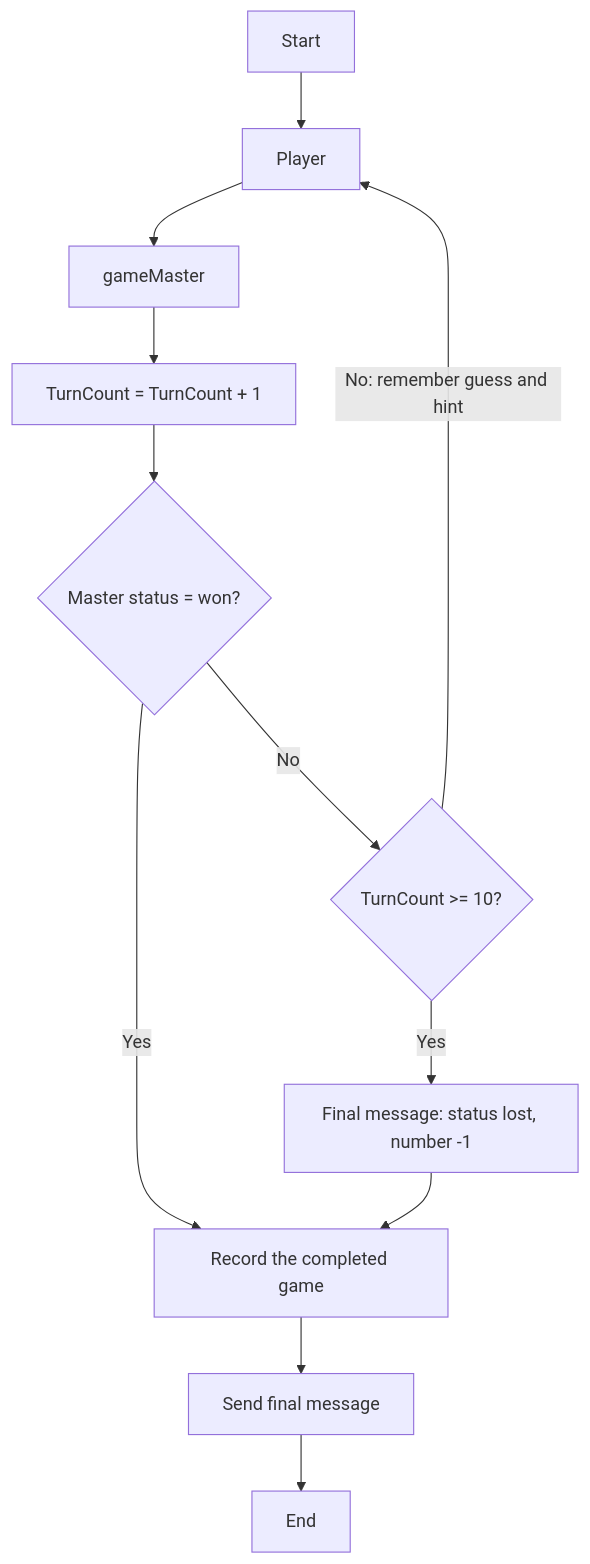
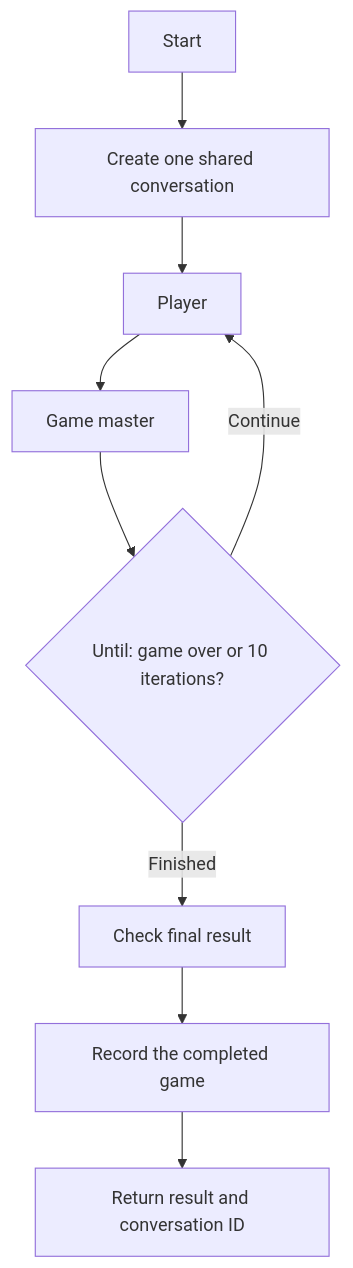
One commit to arnaud-tincelin/microsoft-foundry-demo changed the diagram in demo/Automation/README.md. Above: the diagram before and after it, drawn with Mermaid. The commit also changed other lines of this file and 10 other files, not shown here.

First line of the commit message:
Use one shared conversation for Automation agents

````diff
--- a/demo/Automation/README.md
+++ b/demo/Automation/README.md
@@ -36,14 +32,11 @@
 ```mermaid
 flowchart TD
-    Start --> Player
-    Player --> gameMaster
-    gameMaster --> Count["TurnCount = TurnCount + 1"]
-    Count --> Win{"Master status = won?"}
-    Win -->|Yes| Record
-    Win -->|No| Limit{"TurnCount >= 10?"}
-    Limit -->|Yes| Lost["Final message: status lost, number -1"]
-    Limit -->|No: remember guess and hint| Player
-    Lost --> Record["Record the completed game"]
-    Record --> Respond["Send final message"]
-    Respond --> End
+    Start --> Create["Create one shared conversation"]
+    Create --> Player
+    Player --> Master["Game master"]
+    Master --> Until{"Until: game over or 10 iterations?"}
+    Until -->|Continue| Player
+    Until -->|Finished| Result["Check final result"]
+    Result --> Record["Record the completed game"]
+    Record --> Respond["Return result and conversation ID"]
 ```
````
